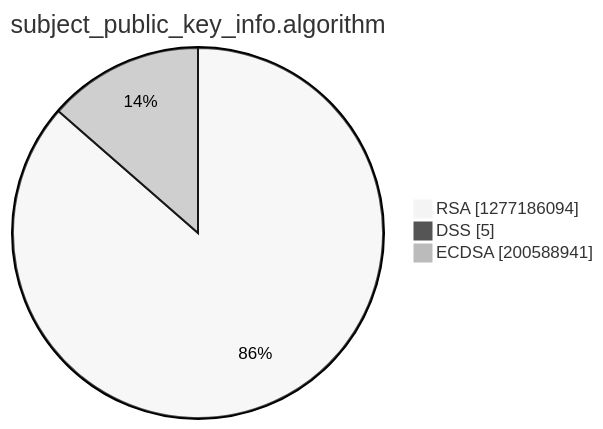
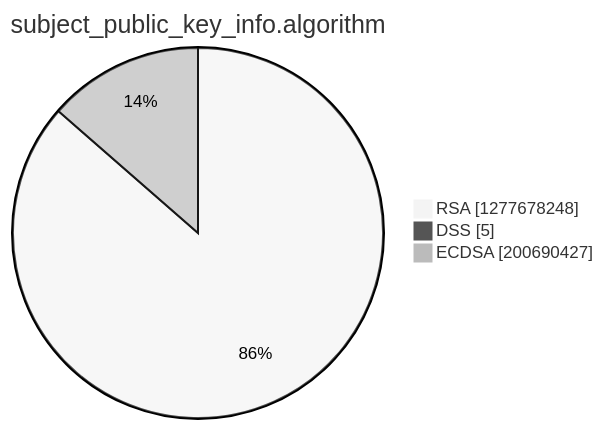
One commit to christiankrug/ctmonitor_visualization changed the third of 15 diagrams in argon2022/README.md. Above: the diagram before and after it, drawn with Mermaid (neutral theme). The commit also changed other lines of this file, not shown here.

````diff
--- a/argon2022/README.md
+++ b/argon2022/README.md
@@ -14,7 +14,7 @@
 ```mermaid
 pie showData
 title subject_public_key_info.algorithm
-"RSA" :1277186094
+"RSA" :1277678248
 "DSS" :5
-"ECDSA" :200588941
+"ECDSA" :200690427
 ```
````
